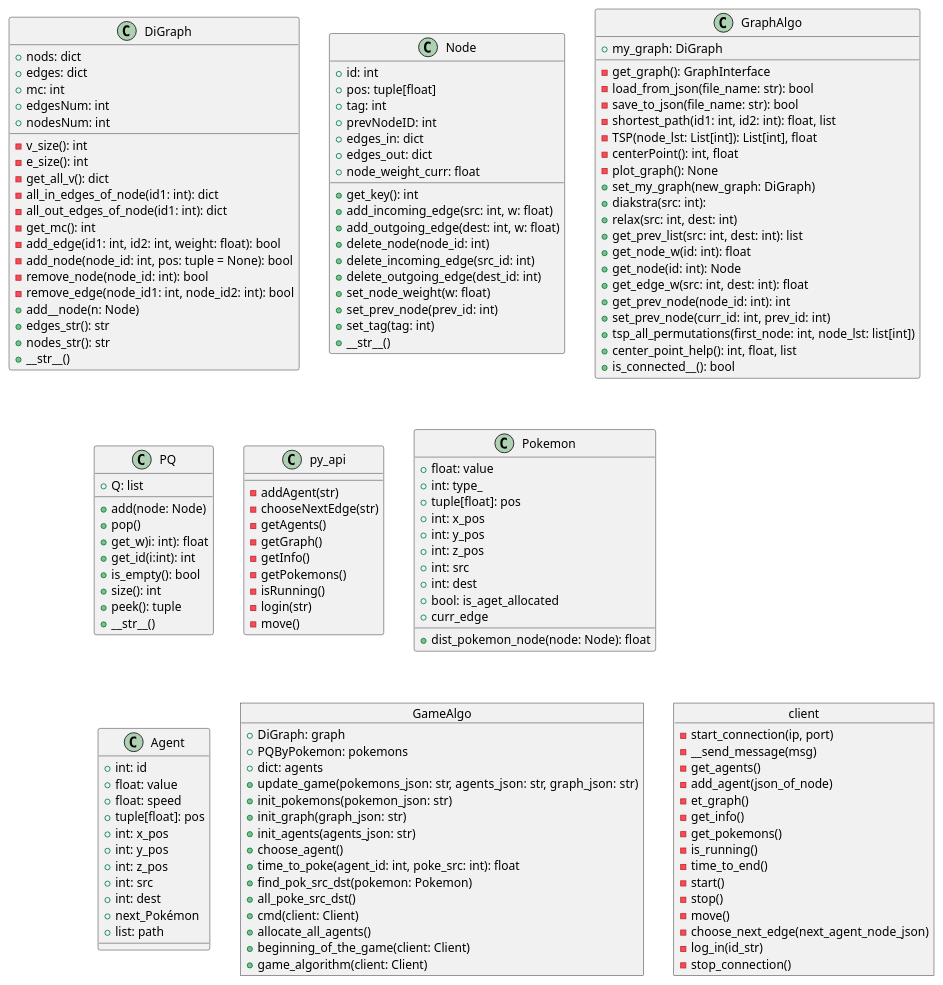
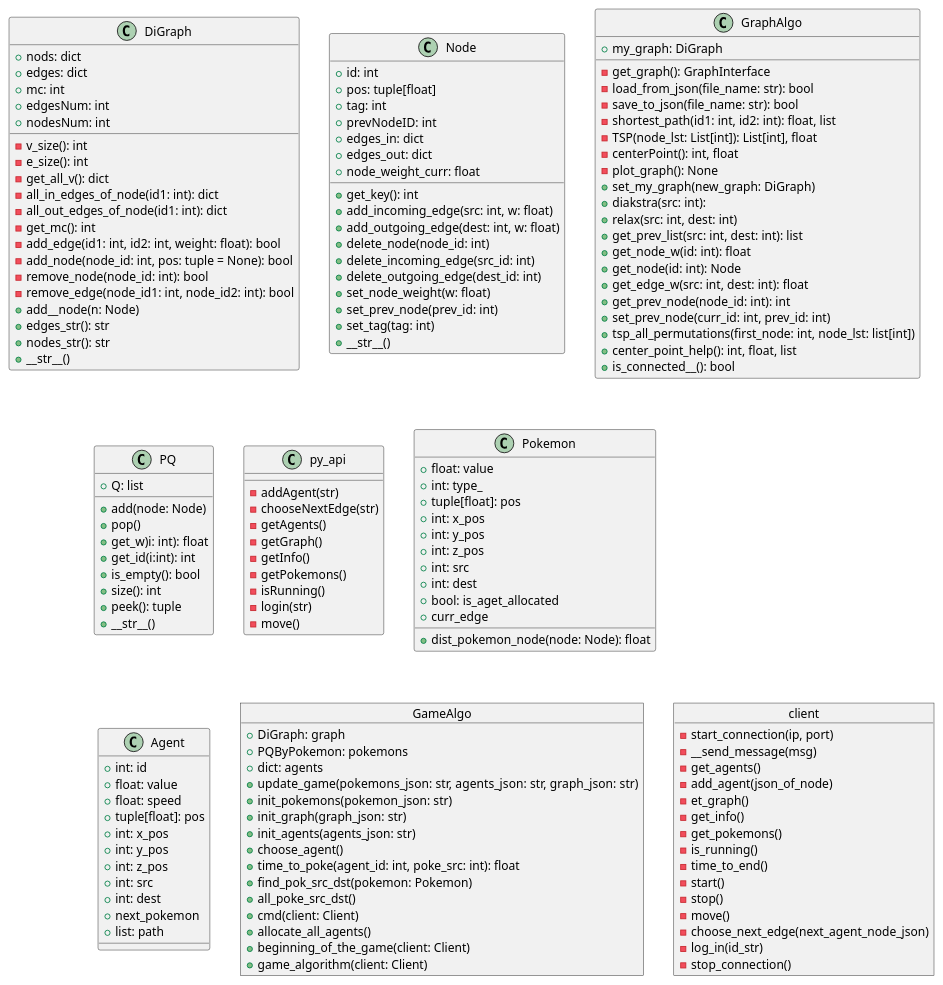
One commit to Matanel1995/OOP-Ex4-Pokemon-Game changed the diagram in docs/OOP_Ex4_uml.puml. Above: the diagram before and after it, drawn with PlantUML.

Commit message:
combine projects

```diff
--- a/docs/OOP_Ex4_uml.puml
+++ b/docs/OOP_Ex4_uml.puml
@@ -2,161 +2,161 @@
 @startuml
 
 
 class DiGraph{
 +nods: dict
 +edges: dict
 +mc: int
 +edgesNum: int
 +nodesNum: int
 -v_size(): int
 -e_size(): int
 -get_all_v(): dict
 -all_in_edges_of_node(id1: int): dict
 -all_out_edges_of_node(id1: int): dict
 -get_mc(): int
 -add_edge(id1: int, id2: int, weight: float): bool
 -add_node(node_id: int, pos: tuple = None): bool
 -remove_node(node_id: int): bool
 -remove_edge(node_id1: int, node_id2: int): bool
 +add__node(n: Node)
 +edges_str(): str
 +nodes_str(): str
 +__str__()
 }
 
 class Node{
 +id: int
 +pos: tuple[float]
 +tag: int
 +prevNodeID: int
 +edges_in: dict
 +edges_out: dict
 +node_weight_curr: float
 +get_key(): int
 +add_incoming_edge(src: int, w: float)
 +add_outgoing_edge(dest: int, w: float)
 +delete_node(node_id: int)
 +delete_incoming_edge(src_id: int)
 +delete_outgoing_edge(dest_id: int)
 +set_node_weight(w: float)
 +set_prev_node(prev_id: int)
 +set_tag(tag: int)
 +__str__()
 }
 
 class GraphAlgo{
 +my_graph: DiGraph
 -get_graph(): GraphInterface
 -load_from_json(file_name: str): bool
 -save_to_json(file_name: str): bool
 -shortest_path(id1: int, id2: int): float, list
 -TSP(node_lst: List[int]): List[int], float
 -centerPoint(): int, float
 -plot_graph(): None
 +set_my_graph(new_graph: DiGraph)
 +diakstra(src: int):
 +relax(src: int, dest: int)
 +get_prev_list(src: int, dest: int): list
 +get_node_w(id: int): float
 +get_node(id: int): Node
 '+get_node_tag(id: int): int
 '+set_node_tag(id: int, tag)
 '+set_path_w(id: int, w: float)
 +get_edge_w(src: int, dest: int): float
 +get_prev_node(node_id: int): int
 +set_prev_node(curr_id: int, prev_id: int)
 +tsp_all_permutations(first_node: int, node_lst: list[int])
 +center_point_help(): int, float, list
 +is_connected__(): bool
 }
 
 class PQ{
 +Q: list
 +add(node: Node)
 +pop()
 +get_w)i: int): float
 +get_id(i:int): int
 +is_empty(): bool
 +size(): int
 +peek(): tuple
 +__str__()
 }
 
 class py_api{
 -addAgent(str)
 -chooseNextEdge(str)
 -getAgents()
 -getGraph()
 -getInfo()
 -getPokemons()
 -isRunning()
 -login(str)
 -move()
 }
 
 class Pokemon{
 +float: value
 +int: type_
 +tuple[float]: pos
 +int: x_pos
 +int: y_pos
 +int: z_pos
 +int: src
 +int: dest
 +bool: is_aget_allocated
 +curr_edge
 +dist_pokemon_node(node: Node): float
 
 }
 
 class Agent{
 +int: id
 +float: value
 +float: speed
 +tuple[float]: pos
 +int: x_pos
 +int: y_pos
 +int: z_pos
 +int: src
 +int: dest
-+next_Pokémon
++next_pokemon
 +list: path
 }
 
 object GameAlgo{
 +DiGraph: graph
 +PQByPokemon: pokemons
 +dict: agents
 +update_game(pokemons_json: str, agents_json: str, graph_json: str)
 +init_pokemons(pokemon_json: str)
 +init_graph(graph_json: str)
 +init_agents(agents_json: str)
 +choose_agent()
 +time_to_poke(agent_id: int, poke_src: int): float
 +find_pok_src_dst(pokemon: Pokemon)
 +all_poke_src_dst()
 +cmd(client: Client)
 +allocate_all_agents()
 +beginning_of_the_game(client: Client)
 +game_algorithm(client: Client)
 }
 
 object client{
 -start_connection(ip, port)
 -__send_message(msg)
 -get_agents()
 -add_agent(json_of_node)
 -et_graph()
 -get_info()
 -get_pokemons()
 -is_running()
 -time_to_end()
 -start()
 -stop()
 -move()
 -choose_next_edge(next_agent_node_json)
 -log_in(id_str)
 -stop_connection()
 }
 
 @enduml
```
